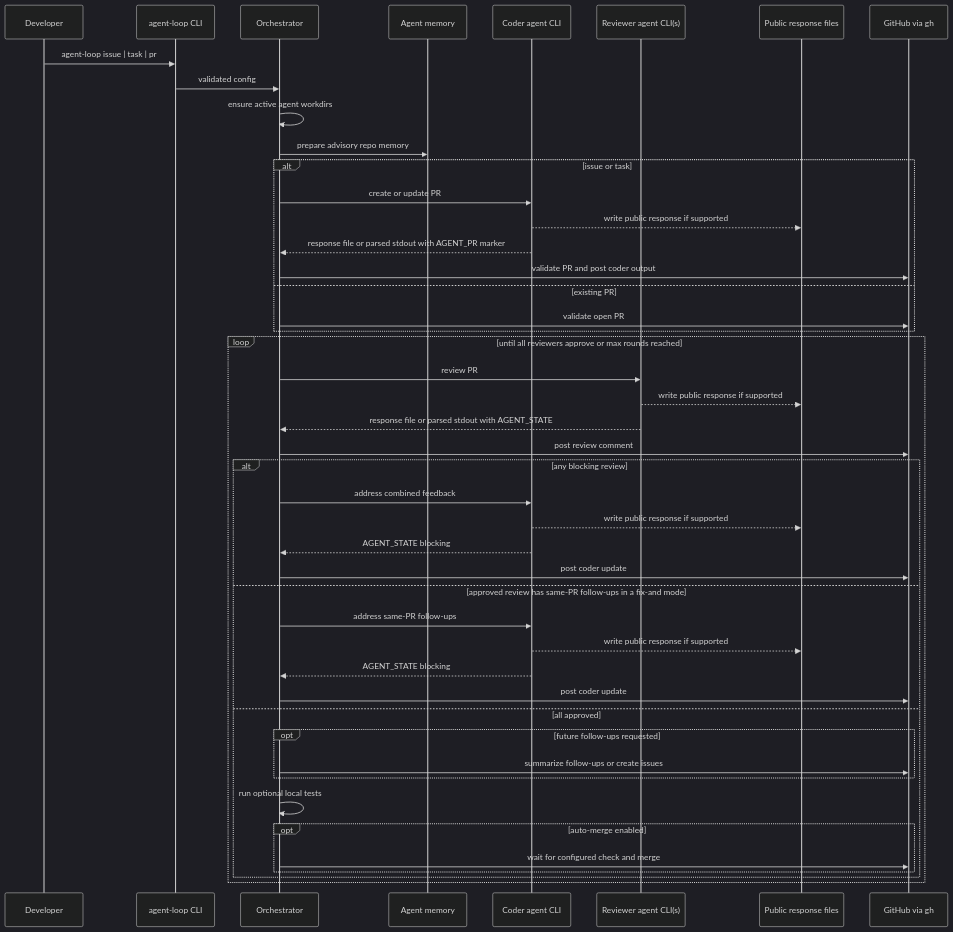
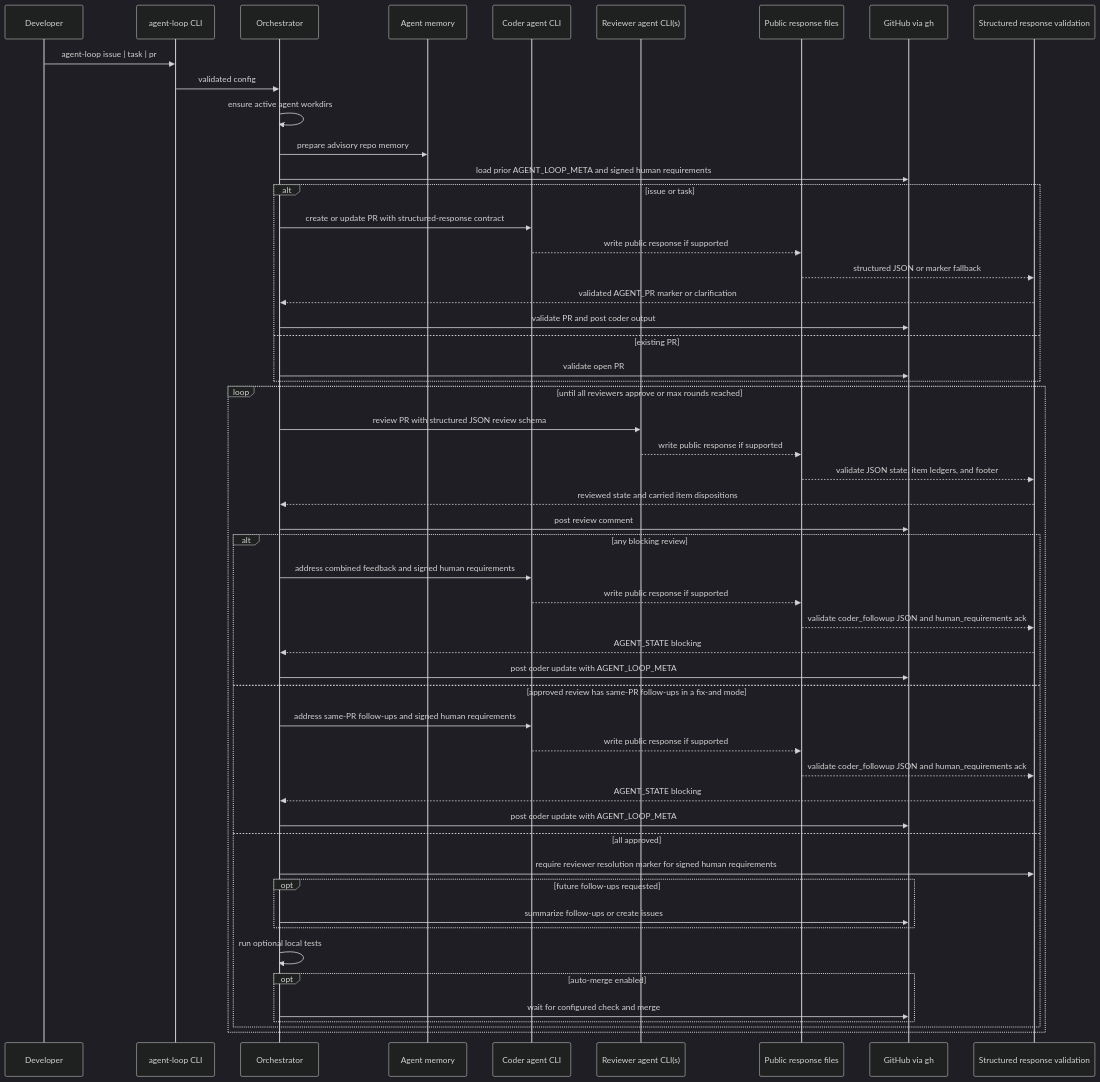
One commit to Mega-Gorilla/coding-review-agent-loop changed the second of 2 diagrams in docs/local_agent_loop.md. Above: the diagram before and after it, drawn with Mermaid (dark theme). The commit also changed other lines of this file and 1 other file, not shown here.

Commit message:
Address review documentation feedback

````diff
--- a/docs/local_agent_loop.md
+++ b/docs/local_agent_loop.md
@@ -68,50 +77,57 @@
 ```mermaid
 sequenceDiagram
     participant User as Developer
     participant CLI as agent-loop CLI
     participant Orch as Orchestrator
     participant Memory as Agent memory
     participant Coder as Coder agent CLI
     participant Reviewer as Reviewer agent CLI(s)
     participant Resp as Public response files
     participant GH as GitHub via gh
+    participant Protocol as Structured response validation
 
     User->>CLI: agent-loop issue | task | pr
     CLI->>Orch: validated config
     Orch->>Orch: ensure active agent workdirs
     Orch->>Memory: prepare advisory repo memory
+    Orch->>GH: load prior AGENT_LOOP_META and signed human requirements
     alt issue or task
-        Orch->>Coder: create or update PR
+        Orch->>Coder: create or update PR with structured-response contract
         Coder-->>Resp: write public response if supported
-        Coder-->>Orch: response file or parsed stdout with AGENT_PR marker
+        Resp-->>Protocol: structured JSON or marker fallback
+        Protocol-->>Orch: validated AGENT_PR marker or clarification
         Orch->>GH: validate PR and post coder output
     else existing PR
         Orch->>GH: validate open PR
     end
 
     loop until all reviewers approve or max rounds reached
-        Orch->>Reviewer: review PR
+        Orch->>Reviewer: review PR with structured JSON review schema
         Reviewer-->>Resp: write public response if supported
-        Reviewer-->>Orch: response file or parsed stdout with AGENT_STATE
+        Resp-->>Protocol: validate JSON state, item ledgers, and footer
+        Protocol-->>Orch: reviewed state and carried item dispositions
         Orch->>GH: post review comment
         alt any blocking review
-            Orch->>Coder: address combined feedback
+            Orch->>Coder: address combined feedback and signed human requirements
             Coder-->>Resp: write public response if supported
-            Coder-->>Orch: AGENT_STATE blocking
-            Orch->>GH: post coder update
+            Resp-->>Protocol: validate coder_followup JSON and human_requirements ack
+            Protocol-->>Orch: AGENT_STATE blocking
+            Orch->>GH: post coder update with AGENT_LOOP_META
         else approved review has same-PR follow-ups in a fix-and mode
-            Orch->>Coder: address same-PR follow-ups
+            Orch->>Coder: address same-PR follow-ups and signed human requirements
             Coder-->>Resp: write public response if supported
-            Coder-->>Orch: AGENT_STATE blocking
-            Orch->>GH: post coder update
+            Resp-->>Protocol: validate coder_followup JSON and human_requirements ack
+            Protocol-->>Orch: AGENT_STATE blocking
+            Orch->>GH: post coder update with AGENT_LOOP_META
         else all approved
+            Orch->>Protocol: require reviewer resolution marker for signed human requirements
             opt future follow-ups requested
                 Orch->>GH: summarize follow-ups or create issues
             end
             Orch->>Orch: run optional local tests
             opt auto-merge enabled
                 Orch->>GH: wait for configured check and merge
             end
         end
     end
 ```
````
